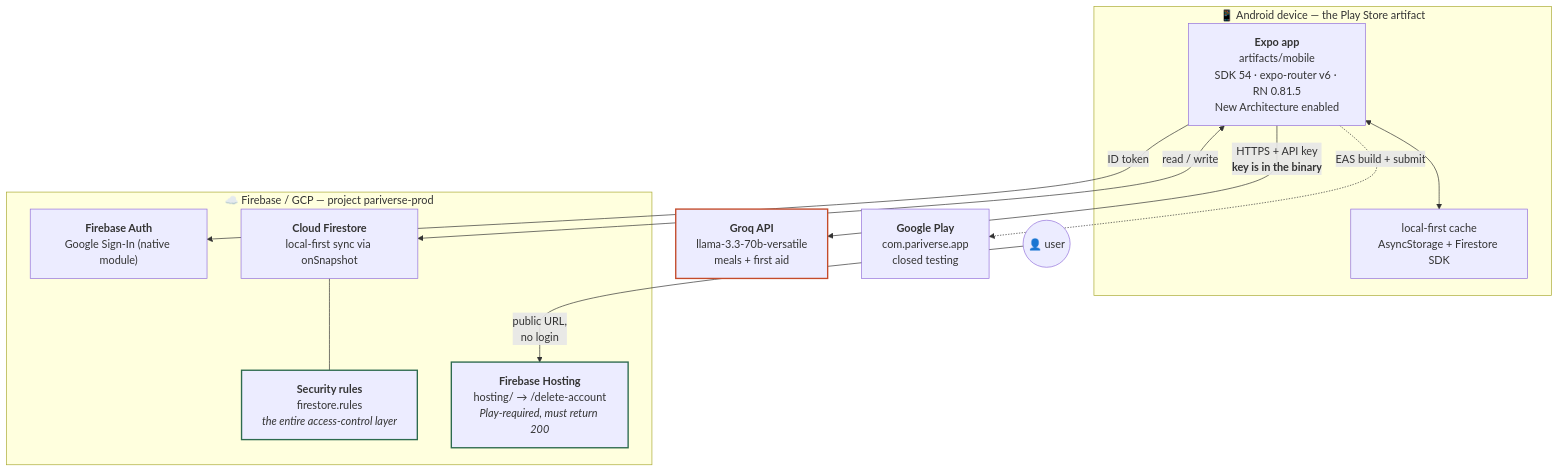
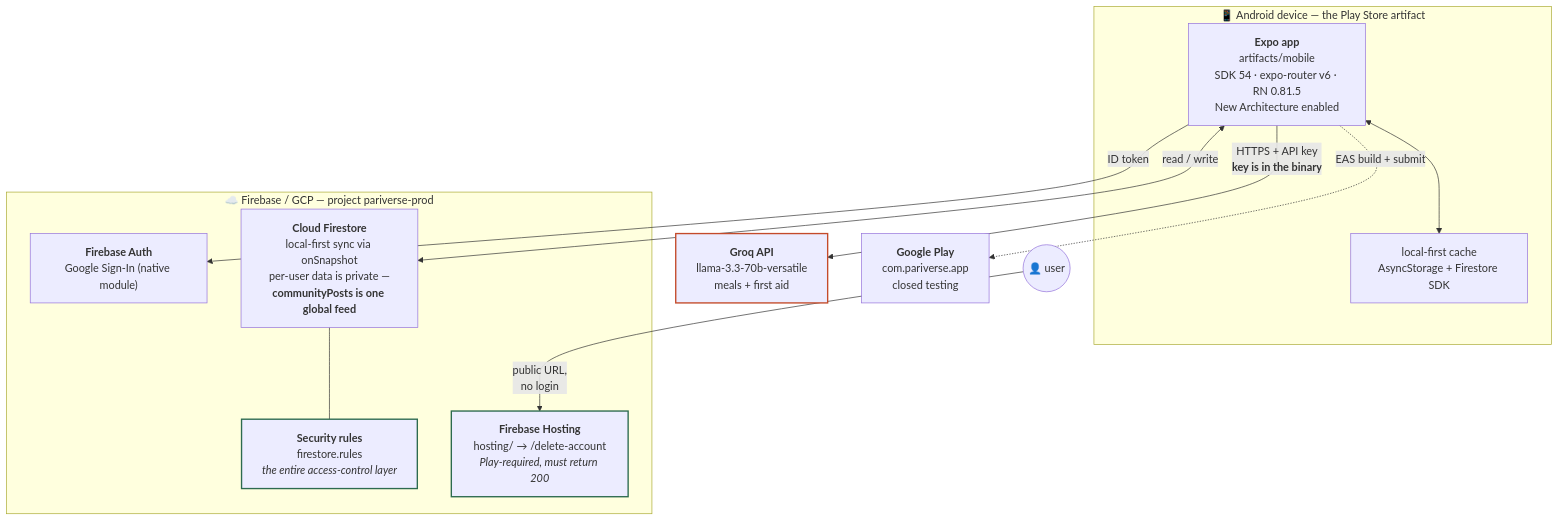
One commit to pariverse94-afk/pariverse_app changed the first of 3 diagrams in docs/architecture.md. Above: the diagram before and after it, drawn with Mermaid. The commit also changed other lines of this file, not shown here.

First line of the commit message:
Make the data-sharing model visible in the diagrams

````diff
--- a/docs/architecture.md
+++ b/docs/architecture.md
@@ -13,30 +13,30 @@
 ```mermaid
 graph TB
     subgraph device["📱 Android device — the Play Store artifact"]
         app["<b>Expo app</b><br/>artifacts/mobile<br/>SDK 54 · expo-router v6 · RN 0.81.5<br/>New Architecture enabled"]
         cache["local-first cache<br/>AsyncStorage + Firestore SDK"]
         app <--> cache
     end
 
     subgraph fb["☁️ Firebase / GCP — project pariverse-prod"]
         auth["<b>Firebase Auth</b><br/>Google Sign-In (native module)"]
-        fs["<b>Cloud Firestore</b><br/>local-first sync via onSnapshot"]
+        fs["<b>Cloud Firestore</b><br/>local-first sync via onSnapshot<br/>per-user data is private —<br/><b>communityPosts is one global feed</b>"]
         rules["<b>Security rules</b><br/>firestore.rules<br/><i>the entire access-control layer</i>"]
         host["<b>Firebase Hosting</b><br/>hosting/ → /delete-account<br/><i>Play-required, must return 200</i>"]
         fs --- rules
     end
 
     groq["<b>Groq API</b><br/>llama-3.3-70b-versatile<br/>meals + first aid"]
     play["<b>Google Play</b><br/>com.pariverse.app<br/>closed testing"]
 
     app -->|"ID token"| auth
     app <-->|"read / write"| fs
     app -->|"HTTPS + API key<br/><b>key is in the binary</b>"| groq
     user(("👤 user")) -->|"public URL,<br/>no login"| host
     app -.->|"EAS build + submit"| play
 
     classDef risk stroke:#C44B2B,stroke-width:2px
     classDef core stroke:#2D6A4F,stroke-width:2px
     class groq risk
     class rules,host core
 ```
````
